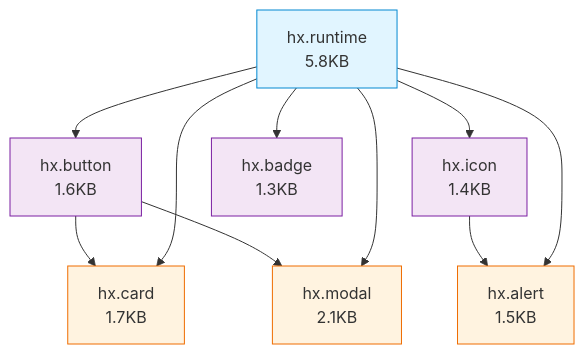
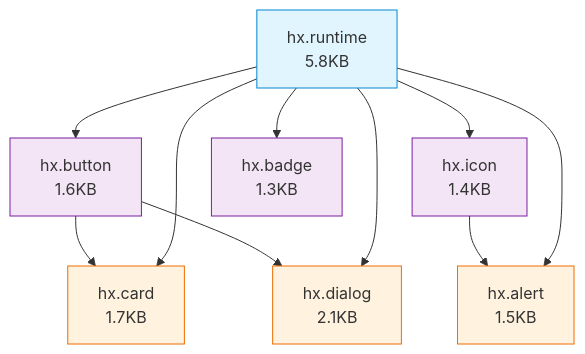
One commit to bookedsolidtech/helix changed the diagram in apps/docs/src/content/docs/drupal/per-component-loading.md. Above: the diagram before and after it, drawn with Mermaid. The commit also changed other lines of this file, not shown here.

````diff
--- a/apps/docs/src/content/docs/drupal/per-component-loading.md
+++ b/apps/docs/src/content/docs/drupal/per-component-loading.md
@@ -872,33 +895,33 @@
 ```mermaid
 graph TD
   runtime[hx.runtime<br/>5.8KB]
 
   button[hx.button<br/>1.6KB]
   icon[hx.icon<br/>1.4KB]
   badge[hx.badge<br/>1.3KB]
 
   card[hx.card<br/>1.7KB]
   alert[hx.alert<br/>1.5KB]
-  modal[hx.modal<br/>2.1KB]
+  modal[hx.dialog<br/>2.1KB]
 
   runtime --> button
   runtime --> icon
   runtime --> badge
 
   button --> card
   runtime --> card
 
   icon --> alert
   runtime --> alert
 
   button --> modal
   runtime --> modal
 
   classDef runtime fill:#e1f5ff,stroke:#0288d1
   classDef atom fill:#f3e5f5,stroke:#7b1fa2
   classDef molecule fill:#fff3e0,stroke:#ef6c00
 
   class runtime runtime
   class button,icon,badge atom
   class card,alert,modal molecule
 ```
````
